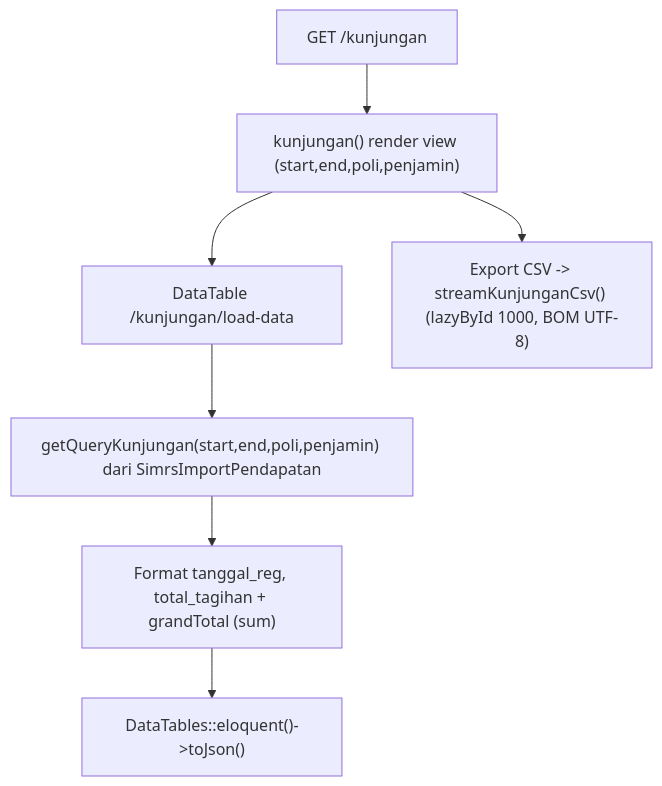
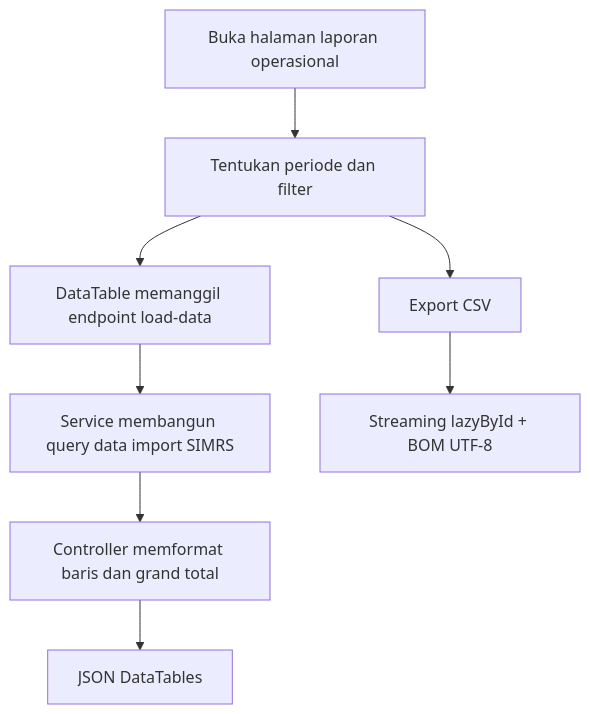
One commit to AltamaSidoarjo/laravel-siakurat-pt-smt changed the first of 3 diagrams in dokumentasi/laporan-pendapatan.md. Above: the diagram before and after it, drawn with Mermaid. The commit also changed other lines of this file and 7 other files, not shown here.

````diff
--- a/dokumentasi/laporan-pendapatan.md
+++ b/dokumentasi/laporan-pendapatan.md
@@ -50,9 +77,10 @@
 ```mermaid
 flowchart TD
-    A["GET /kunjungan"] --> B["kunjungan() render view (start,end,poli,penjamin)"]
-    B --> C["DataTable /kunjungan/load-data"]
-    C --> D["getQueryKunjungan(start,end,poli,penjamin) dari SimrsImportPendapatan"]
-    D --> E["Format tanggal_reg, total_tagihan + grandTotal (sum)"]
-    E --> F["DataTables::eloquent()->toJson()"]
-    B --> G["Export CSV -> streamKunjunganCsv() (lazyById 1000, BOM UTF-8)"]
+    A["Buka halaman laporan operasional"] --> B["Tentukan periode dan filter"]
+    B --> C["DataTable memanggil endpoint load-data"]
+    C --> D["Service membangun query data import SIMRS"]
+    D --> E["Controller memformat baris dan grand total"]
+    E --> F["JSON DataTables"]
+    B --> G["Export CSV"]
+    G --> H["Streaming lazyById + BOM UTF-8"]
 ```
````
